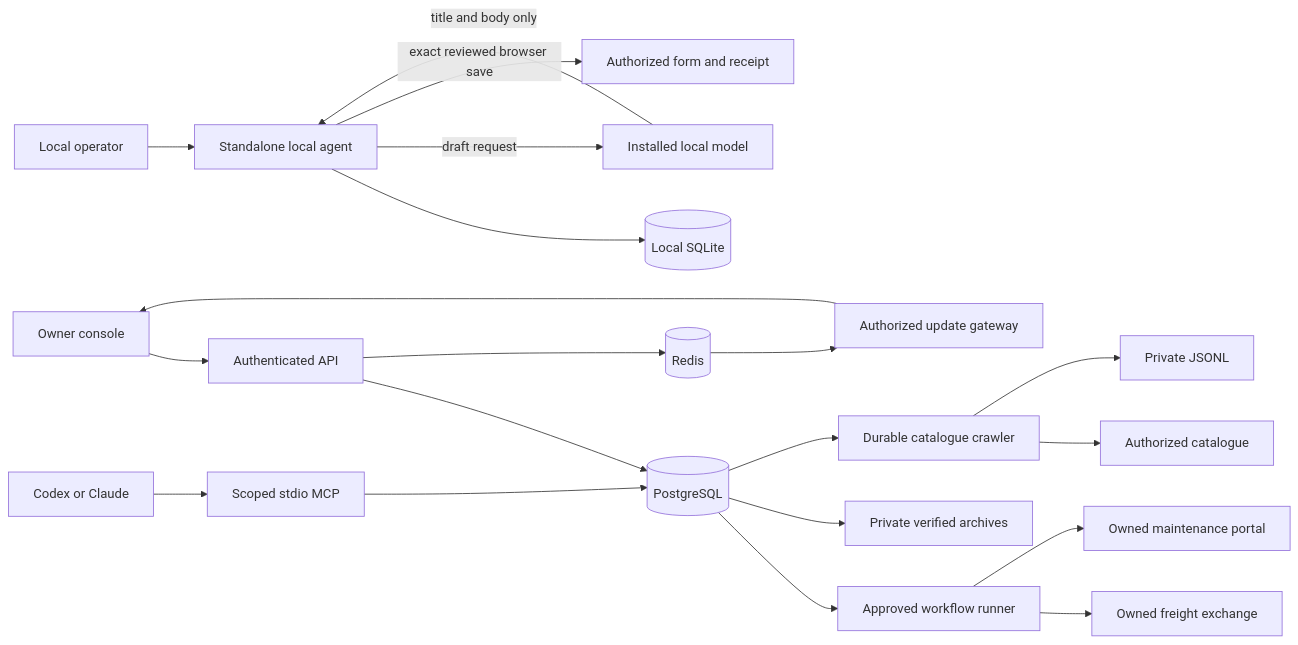
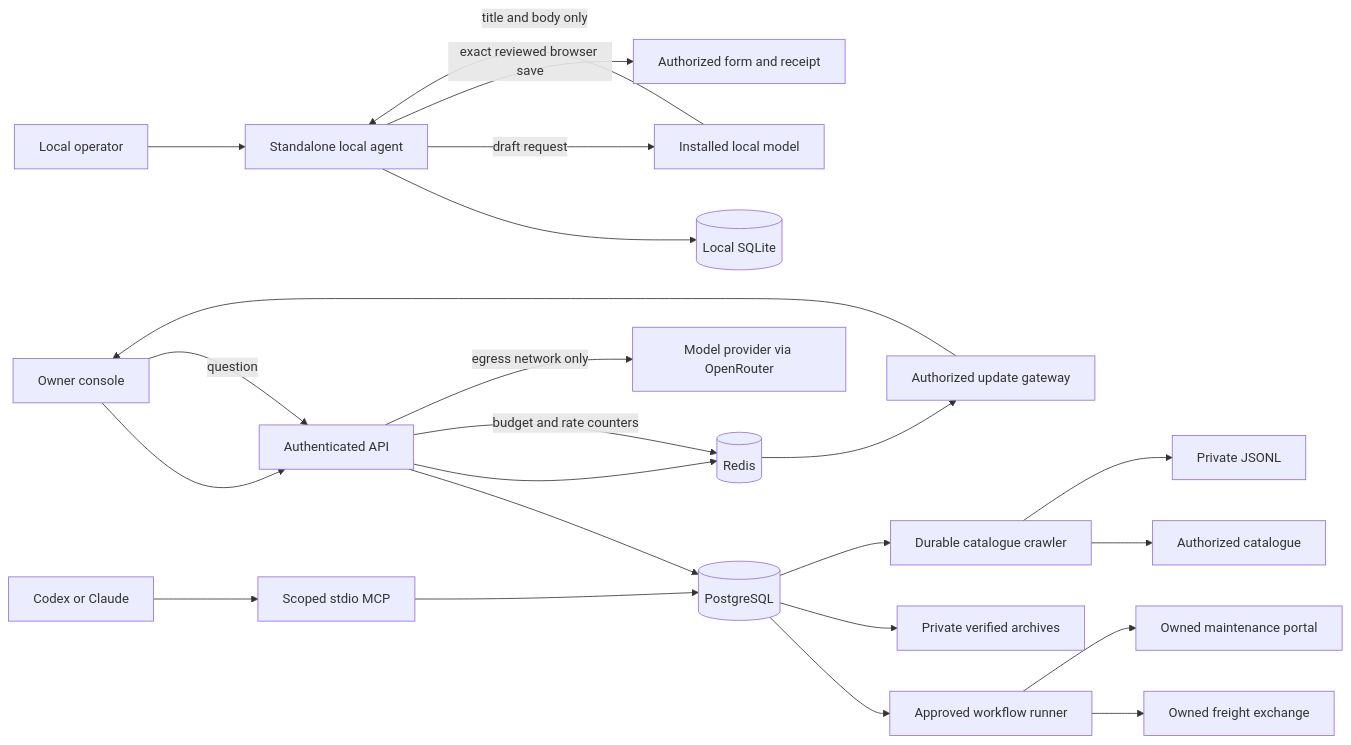
The first of 2 diagrams in docs/architecture/overview.md (Zahidulislam2222/fleetwright), drawn with Mermaid before and after one commit. The commit also changed other lines of this file and 46 other files, not shown here.

````diff
--- a/docs/architecture/overview.md
+++ b/docs/architecture/overview.md
@@ -7,22 +7,25 @@
 ```mermaid
 flowchart LR
   Client[Codex or Claude] --> MCP[Scoped stdio MCP]
   Operator[Owner console] --> API[Authenticated API]
   MCP --> PG[(PostgreSQL)]
   API --> PG
   API --> Redis[(Redis)]
   PG --> Runner[Approved workflow runner]
   Runner --> Freight[Owned freight exchange]
   Runner --> Portal[Owned maintenance portal]
   Redis --> Gateway[Authorized update gateway]
   Gateway --> Operator
   PG --> Backup[Private verified archives]
   PG --> Crawler[Durable catalogue crawler]
   Crawler --> Catalogue[Authorized catalogue]
   Crawler --> Export[Private JSONL]
   LocalUser[Local operator] --> Agent[Standalone local agent]
   Agent --> SQLite[(Local SQLite)]
   Agent -->|draft request| Model[Installed local model]
   Model -->|title and body only| Agent
   Agent -->|exact reviewed browser save| Form[Authorized form and receipt]
+  Operator -->|question| API
+  API -->|budget and rate counters| Redis
+  API -->|egress network only| LLM[Model provider via OpenRouter]
 ```
````
